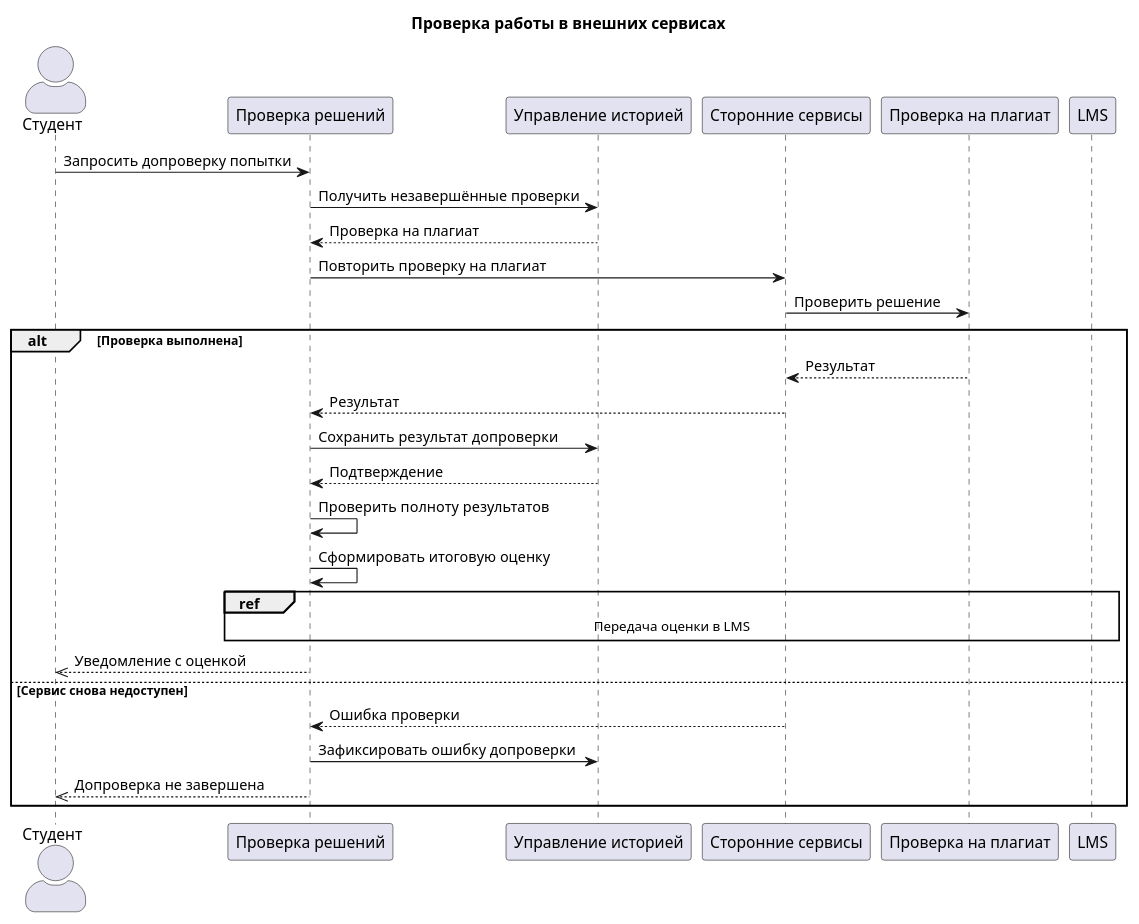
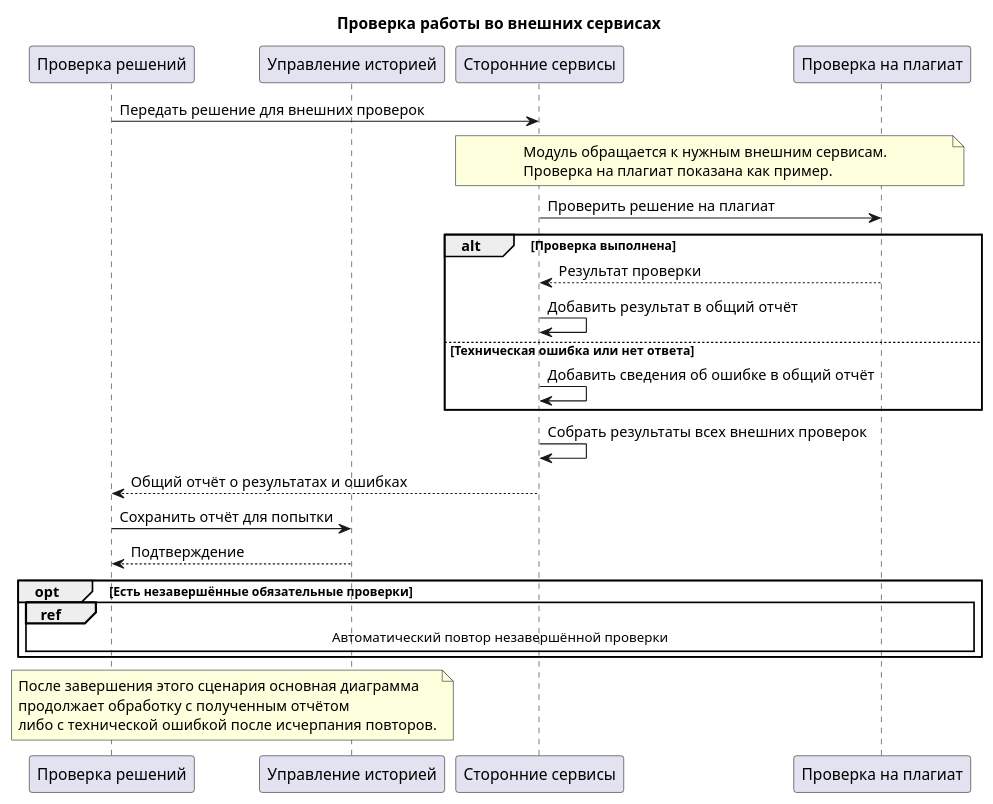
The second of 4 diagrams in HW3/diagram_code.md (uHiderovich/otus-arch-po), drawn with PlantUML before and after one commit. The commit also changed other lines of this file and 5 other files, not shown here.

````diff
--- a/HW3/diagram_code.md
+++ b/HW3/diagram_code.md
@@ -73,42 +69,43 @@
 ```plantuml
 @startuml
-title Проверка работы в внешних сервисах
-skinparam actorStyle awesome
-actor "Студент" as Student
+title Проверка работы во внешних сервисах
 
 participant "Проверка решений" as Check
 participant "Управление историей" as History
 participant "Сторонние сервисы" as External
 participant "Проверка на плагиат" as Pl
 
-Student -> Check : Запросить допроверку попытки
+Check -> External : Передать решение для внешних проверок
 
-Check -> History : Получить незавершённые проверки
-History --> Check : Проверка на плагиат
+note over External, Pl
+    Модуль обращается к нужным внешним сервисам.
+    Проверка на плагиат показана как пример.
+end note
 
-Check -> External : Повторить проверку на плагиат
-External -> Pl : Проверить решение
+External -> Pl : Проверить решение на плагиат
 
 alt Проверка выполнена
-    Pl --> External : Результат
-    External --> Check : Результат
+    Pl --> External : Результат проверки
+    External -> External : Добавить результат в общий отчёт
+else Техническая ошибка или нет ответа
+    External -> External : Добавить сведения об ошибке в общий отчёт
+end
 
-    Check -> History : Сохранить результат допроверки
-    History --> Check : Подтверждение
+External -> External : Собрать результаты всех внешних проверок
+External --> Check : Общий отчёт о результатах и ошибках
+Check -> History : Сохранить отчёт для попытки
+History --> Check : Подтверждение
 
-    Check -> Check : Проверить полноту результатов
-    Check -> Check : Сформировать итоговую оценку
+opt Есть незавершённые обязательные проверки
+    ref over Check, History, External, Pl
+        Автоматический повтор незавершённой проверки
+    end ref
+end
 
-	ref over Check, History, LMS
-        Передача оценки в LMS
-    end ref
-
-    Check -->> Student : Уведомление с оценкой
-
-else Сервис снова недоступен
-    External --> Check : Ошибка проверки
-    Check -> History : Зафиксировать ошибку допроверки
-    Check -->> Student : Допроверка не завершена
-end
+note over Check, History
+    После завершения этого сценария основная диаграмма
+    продолжает обработку с полученным отчётом
+    либо с технической ошибкой после исчерпания повторов.
+end note
 @enduml
 ```
````
